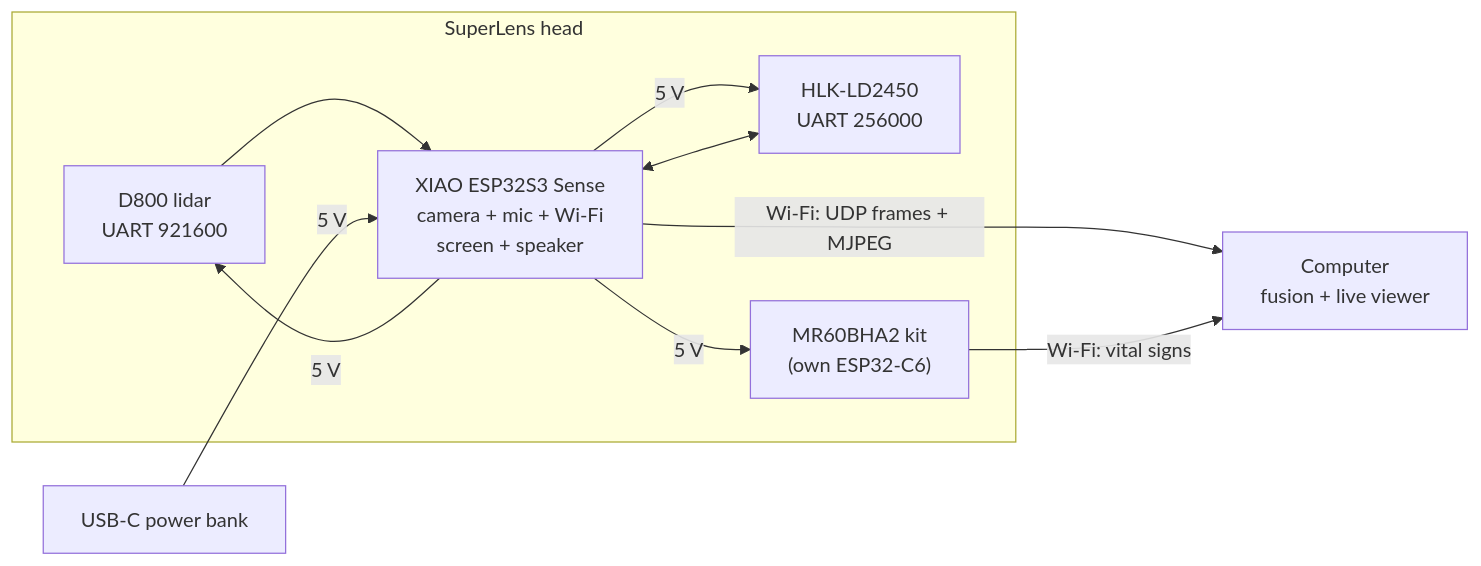
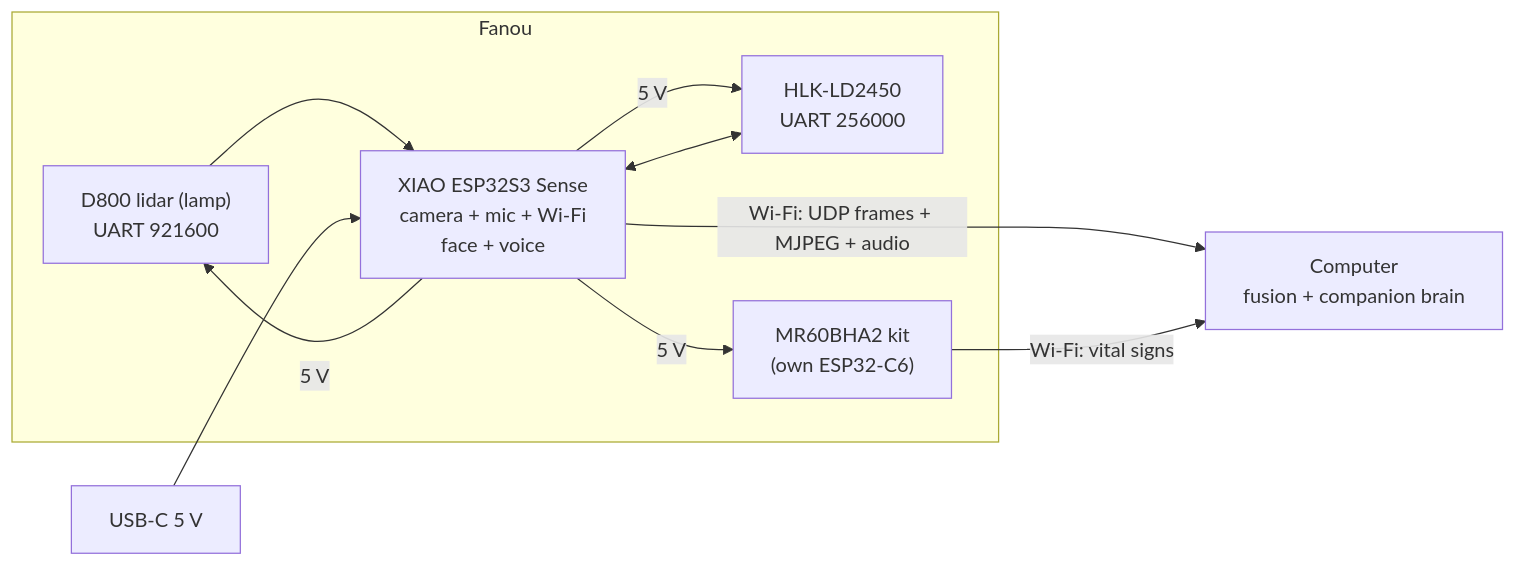
One commit to SebastienTr/Marvin changed the diagram in README.md. Above: the diagram before and after it, drawn with Mermaid. The commit also changed other lines of this file and 41 other files, not shown here.

First line of the commit message:
Rev E: Fanou, the desk lighthouse companion

````diff
--- a/README.md
+++ b/README.md
@@ -56,12 +50,12 @@
 ```mermaid
 flowchart LR
-  subgraph Head["SuperLens head"]
-    LID["D800 lidar<br/>UART 921600"] --> ESP["XIAO ESP32S3 Sense<br/>camera + mic + Wi-Fi<br/>screen + speaker"]
+  subgraph Fanou["Fanou"]
+    LID["D800 lidar (lamp)<br/>UART 921600"] --> ESP["XIAO ESP32S3 Sense<br/>camera + mic + Wi-Fi<br/>face + voice"]
     LD2450["HLK-LD2450<br/>UART 256000"] <--> ESP
     MR60["MR60BHA2 kit<br/>(own ESP32-C6)"]
   end
-  Bank["USB-C power bank"] -->|5 V| ESP
+  PWR["USB-C 5 V"] --> ESP
   ESP -->|5 V| LID & LD2450 & MR60
-  ESP -->|"Wi-Fi: UDP frames + MJPEG"| PC["Computer<br/>fusion + live viewer"]
+  ESP -->|"Wi-Fi: UDP frames + MJPEG + audio"| PC["Computer<br/>fusion + companion brain"]
   MR60 -->|"Wi-Fi: vital signs"| PC
 ```
````
